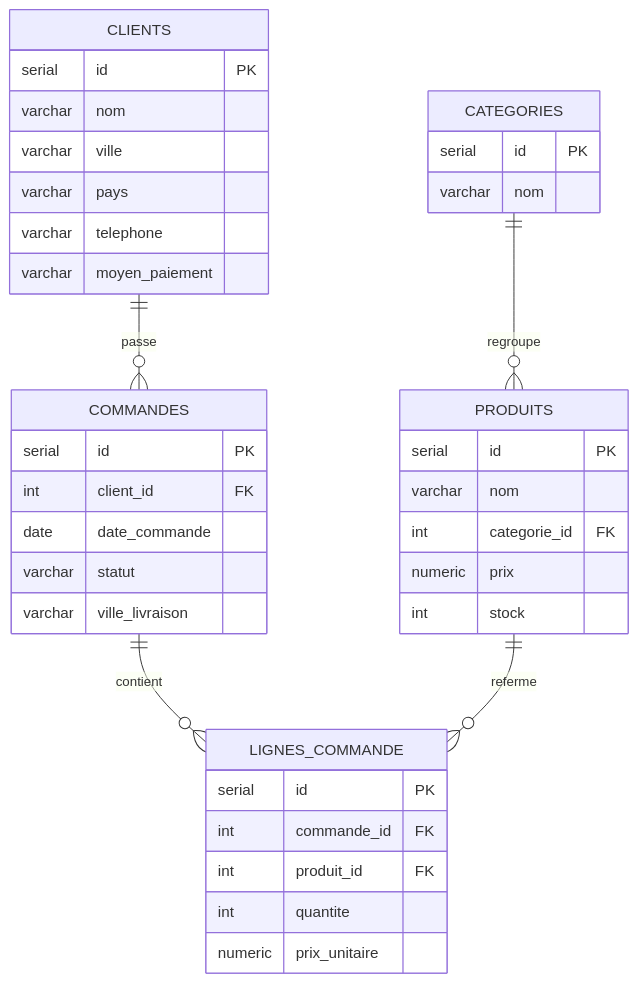
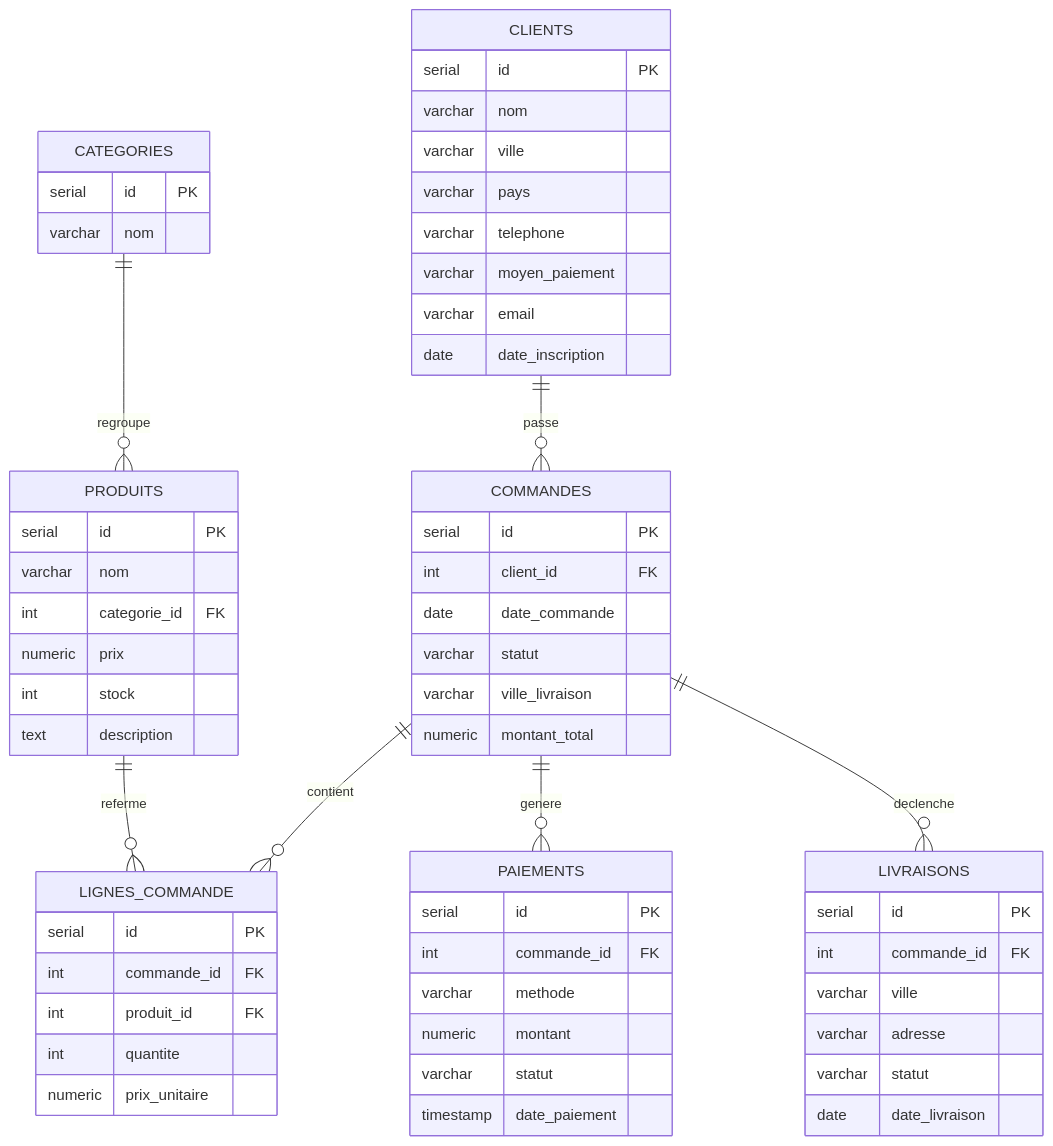
The diagram in database/postgresql/docs/erd_mohdatashop.md (Meadohm/mohdatashop-pipeline), drawn with Mermaid before and after one commit. The commit also changed other lines of this file and 4 other files, not shown here.

Commit message:
feat: N4-N6 clos - schéma relationnel complet (paiements, livraisons, email, description) + ERD 7 tables régénéré

````diff
--- a/database/postgresql/docs/erd_mohdatashop.md
+++ b/database/postgresql/docs/erd_mohdatashop.md
@@ -11,41 +11,63 @@
 ```mermaid
 erDiagram
   CLIENTS ||--o{ COMMANDES : passe
   CATEGORIES ||--o{ PRODUITS : regroupe
   COMMANDES ||--o{ LIGNES_COMMANDE : contient
   PRODUITS ||--o{ LIGNES_COMMANDE : referme
+  COMMANDES ||--o{ PAIEMENTS : genere
+  COMMANDES ||--o{ LIVRAISONS : declenche
 
   CLIENTS {
     serial id PK
     varchar nom
     varchar ville
     varchar pays
     varchar telephone
     varchar moyen_paiement
+    varchar email
+    date date_inscription
   }
   CATEGORIES {
     serial id PK
     varchar nom
   }
   PRODUITS {
     serial id PK
     varchar nom
     int categorie_id FK
     numeric prix
     int stock
+    text description
   }
   COMMANDES {
     serial id PK
     int client_id FK
     date date_commande
     varchar statut
     varchar ville_livraison
+    numeric montant_total
   }
   LIGNES_COMMANDE {
     serial id PK
     int commande_id FK
     int produit_id FK
     int quantite
     numeric prix_unitaire
   }
+  PAIEMENTS {
+    serial id PK
+    int commande_id FK
+    varchar methode
+    numeric montant
+    varchar statut
+    timestamp date_paiement
+  }
+  LIVRAISONS {
+    serial id PK
+    int commande_id FK
+    varchar ville
+    varchar adresse
+    varchar statut
+    date date_livraison
+  }
 ```
````
